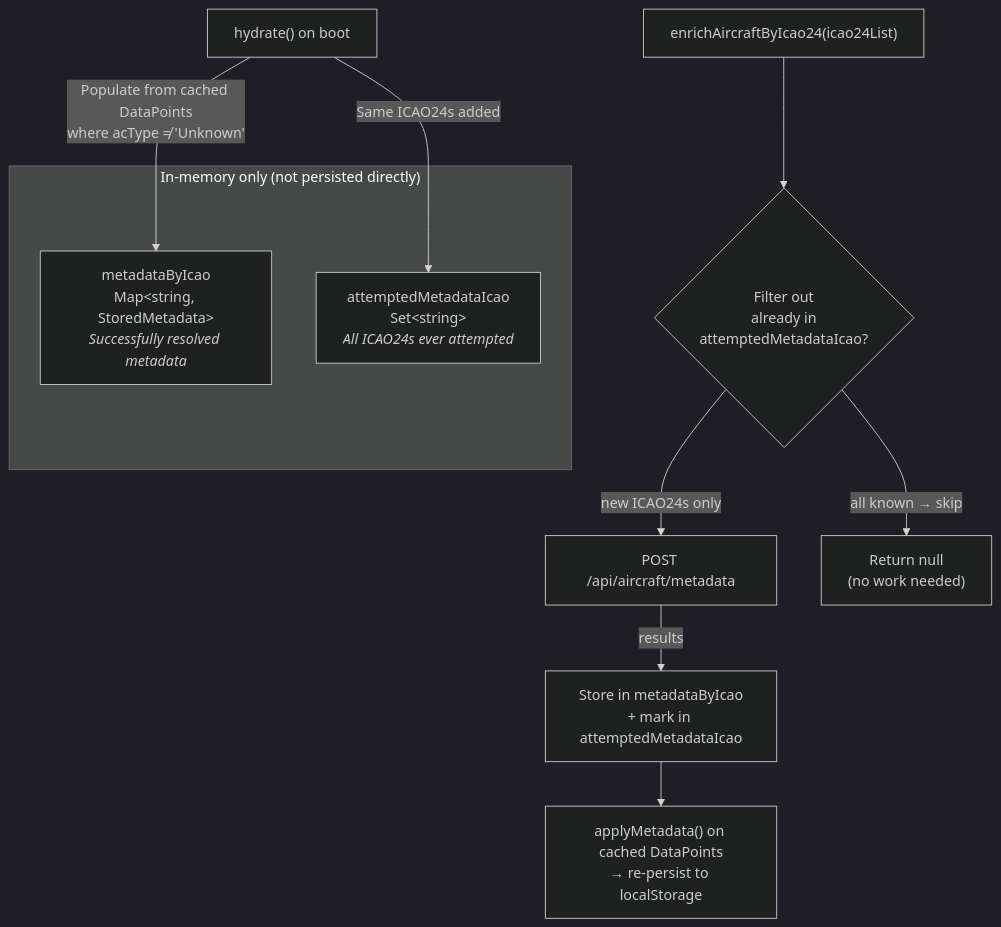
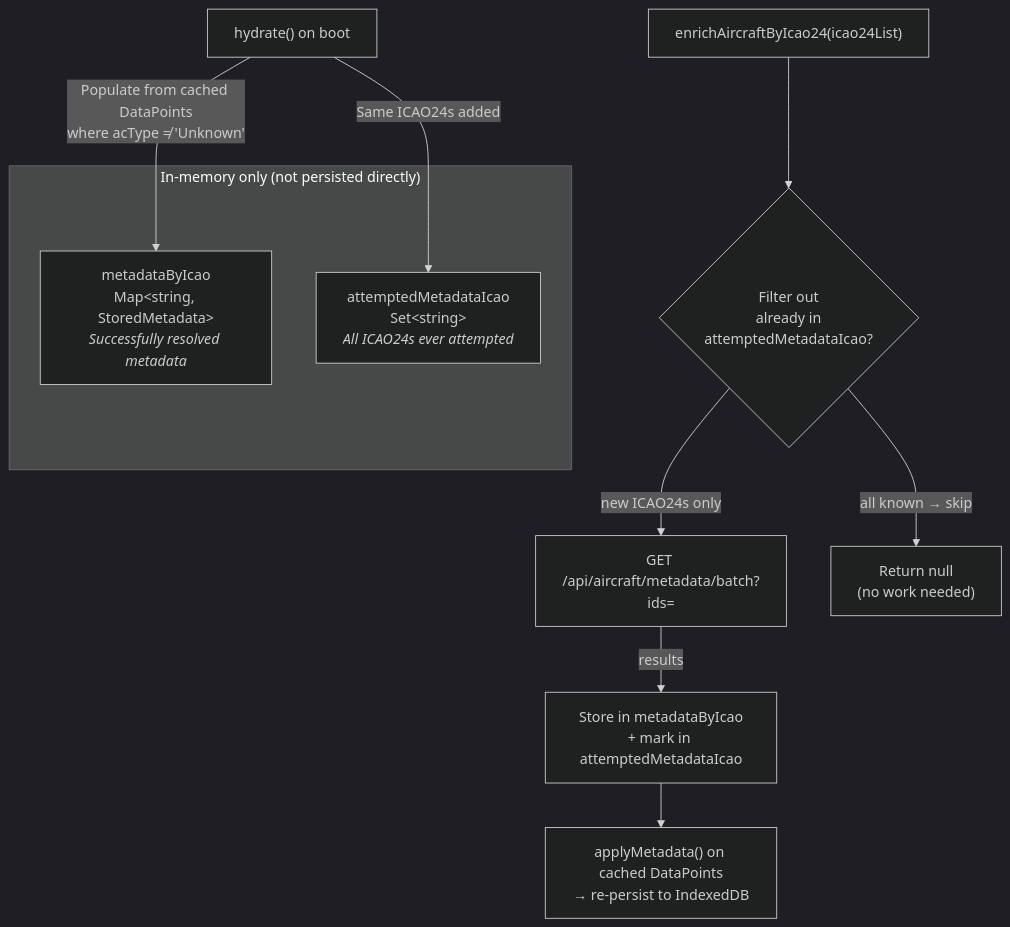
The sixth of 14 diagrams in docs/architecture.md (iiTONELOC/sigint), drawn with Mermaid (dark theme) before and after one commit. The commit also changed other lines of this file and 39 other files, not shown here.

````diff
--- a/docs/architecture.md
+++ b/docs/architecture.md
@@ -316,17 +335,17 @@
 ```mermaid
 flowchart TD
     subgraph "In-memory only (not persisted directly)"
         MetaMap["metadataByIcao<br/>Map&lt;string, StoredMetadata&gt;<br/><i>Successfully resolved metadata</i>"]
         AttemptSet["attemptedMetadataIcao<br/>Set&lt;string&gt;<br/><i>All ICAO24s ever attempted</i>"]
     end
 
     Hydrate["hydrate() on boot"] -->|"Populate from cached DataPoints<br/>where acType ≠ 'Unknown'"| MetaMap
     Hydrate -->|"Same ICAO24s added"| AttemptSet
 
     EnrichReq["enrichAircraftByIcao24(icao24List)"] --> FilterStep{"Filter out<br/>already in<br/>attemptedMetadataIcao?"}
-    FilterStep -->|"new ICAO24s only"| ServerCall["POST /api/aircraft/metadata"]
+    FilterStep -->|"new ICAO24s only"| ServerCall["GET /api/aircraft/metadata/batch?ids="]
     FilterStep -->|"all known → skip"| NoOp["Return null<br/>(no work needed)"]
 
     ServerCall -->|"results"| StoreStep["Store in metadataByIcao<br/>+ mark in attemptedMetadataIcao"]
-    StoreStep --> Reapply["applyMetadata() on cached DataPoints<br/>→ re-persist to localStorage"]
+    StoreStep --> Reapply["applyMetadata() on cached DataPoints<br/>→ re-persist to IndexedDB"]
 ```
````
